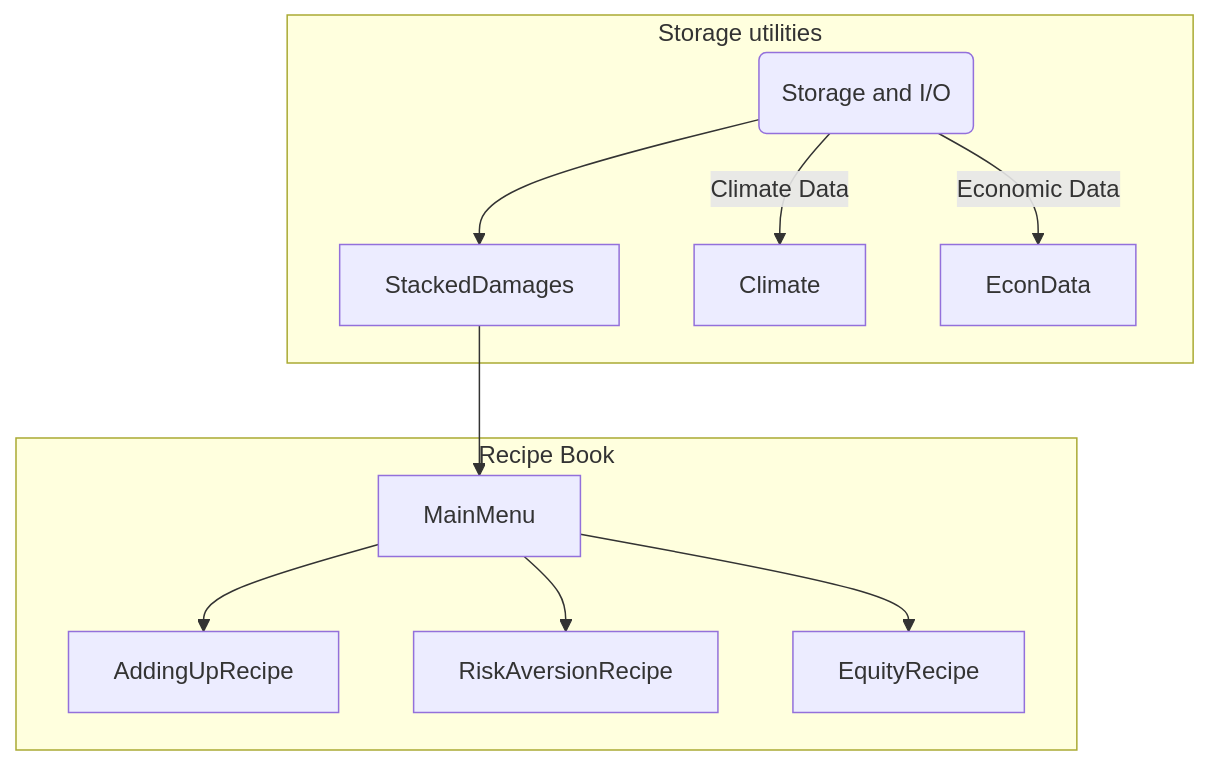
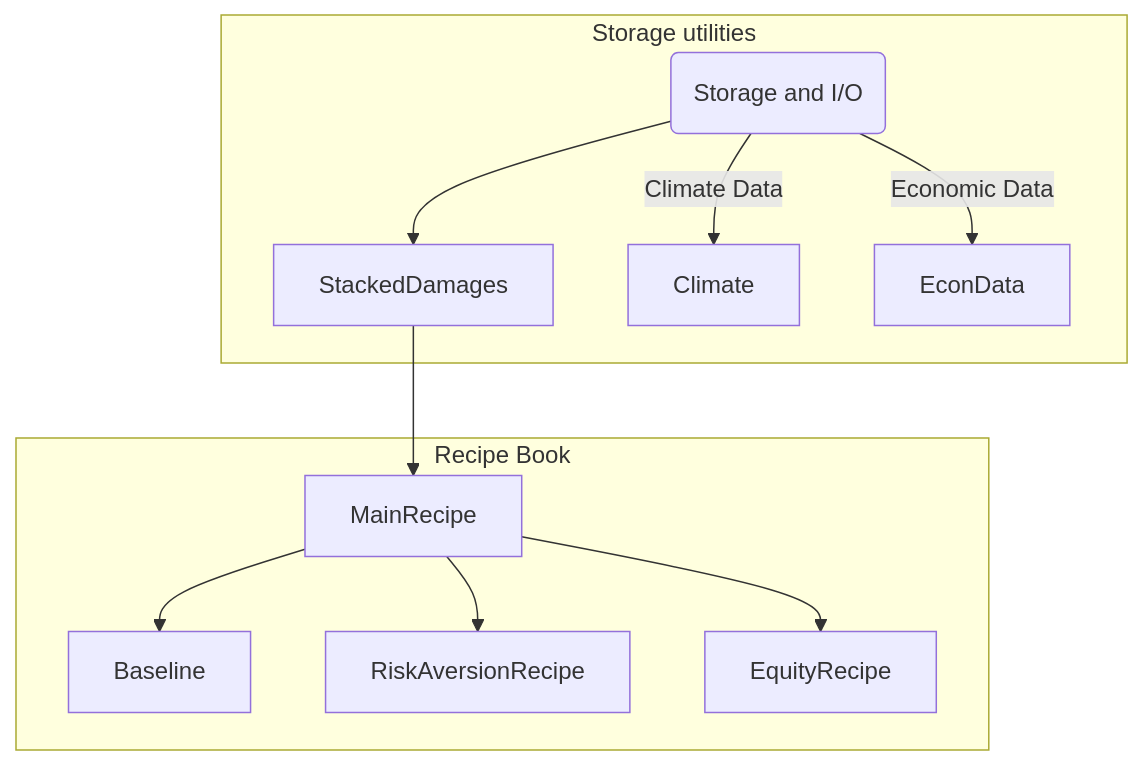
One commit to ClimateImpactLab/dscim changed the diagram in README.md. Above: the diagram before and after it, drawn with Mermaid. The commit also changed other lines of this file, not shown here.

Commit message:
very beginning of updating README.md
the README needs an overhaul. initial commit corrects obvious out-of-date info

````diff
--- a/README.md
+++ b/README.md
@@ -55,17 +55,17 @@
 ```mermaid
 graph TD
 
 SubGraph1Flow(Storage and I/O)
   subgraph "Storage utilities"
   SubGraph1Flow --> A[Stacked_damages]
   SubGraph1Flow -- Climate Data --> Climate
   SubGraph1Flow -- Economic Data --> EconData
   end
 
   subgraph "Recipe Book"
-  A[StackedDamages] --> B[MainMenu]
-  B[MainMenu] --> C[AddingUpRecipe];
-  B[MainMenu] --> D[RiskAversionRecipe];
-  B[MainMenu] --> E[EquityRecipe]
+  A[StackedDamages] --> B[MainRecipe]
+  B[MainRecipe] --> C[Baseline];
+  B[MainRecipe] --> D[RiskAversionRecipe];
+  B[MainRecipe] --> E[EquityRecipe]
 end
 ```
````
